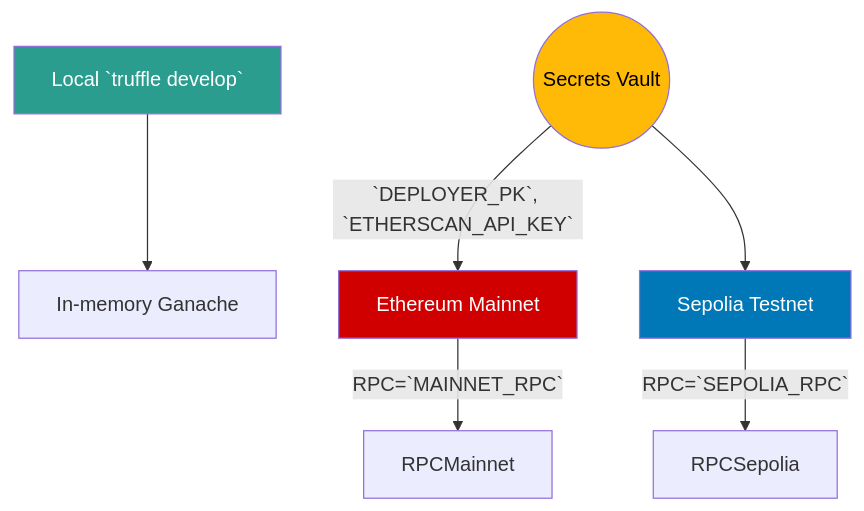
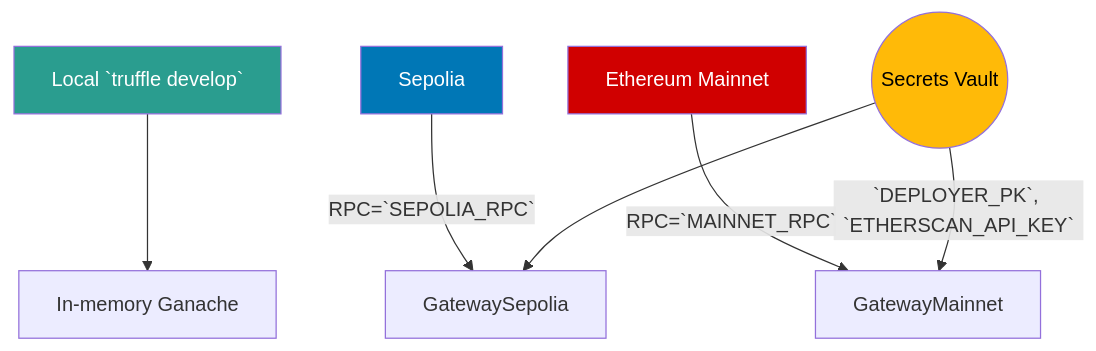
The second of 2 diagrams in truffle/README.md (MontrealAI/agijobs-sovereign-labor-v0p1), drawn with Mermaid before and after one commit. The commit also changed other lines of this file and 7 other files, not shown here.

````diff
--- a/truffle/README.md
+++ b/truffle/README.md
@@ -73,13 +64,13 @@
 ```mermaid
 graph TD
     Local[Local `truffle develop`]:::local --> Ganache[In-memory Ganache]
-    Sepolia[Sepolia Testnet]:::test -->|RPC=`SEPOLIA_RPC`| RPCSepolia
-    Mainnet[Ethereum Mainnet]:::main -->|RPC=`MAINNET_RPC`| RPCMainnet
-    Secrets((Secrets Vault)):::vault -->|`DEPLOYER_PK`, `ETHERSCAN_API_KEY`| Mainnet
-    Secrets --> Sepolia
+    Sepolia[Sepolia]:::test -->|RPC=`SEPOLIA_RPC`| GatewaySepolia
+    Mainnet[Ethereum Mainnet]:::main -->|RPC=`MAINNET_RPC`| GatewayMainnet
+    Secrets((Secrets Vault)):::vault -->|`DEPLOYER_PK`, `ETHERSCAN_API_KEY`| GatewayMainnet
+    Secrets --> GatewaySepolia
 
     classDef local fill:#2a9d8f,color:#fff;
     classDef test fill:#0077b6,color:#fff;
     classDef main fill:#d00000,color:#fff;
     classDef vault fill:#ffba08,color:#000;
 ```
````
